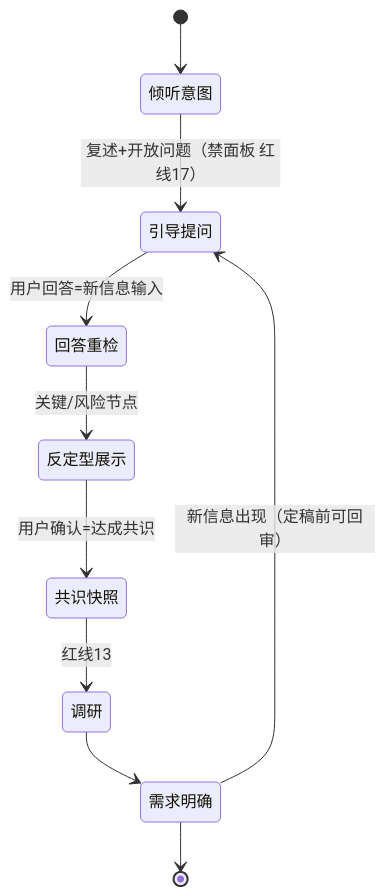
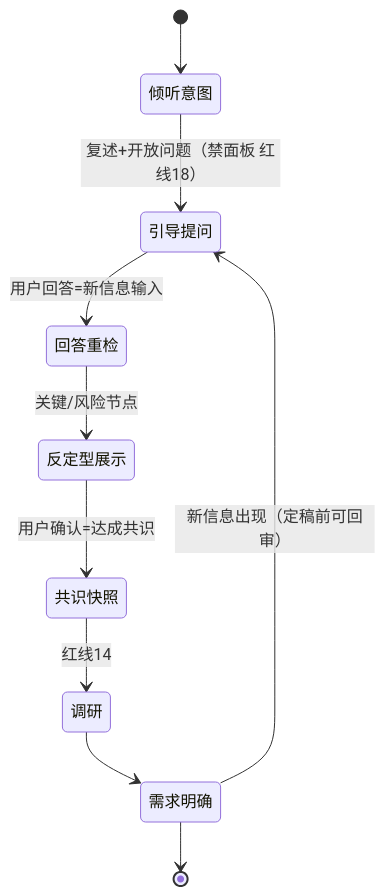
Before and after one commit to The-Daybreaker/project-spec: the seventh of 14 diagrams in docs/FLOW.md, drawn with Mermaid. The commit also changed other lines of this file and 48 other files, not shown here.

````diff
--- a/docs/FLOW.md
+++ b/docs/FLOW.md
@@ -98,12 +98,12 @@
 ```mermaid
 stateDiagram-v2
     [*] --> 倾听意图
-    倾听意图 --> 引导提问: 复述+开放问题（禁面板 红线17）
+    倾听意图 --> 引导提问: 复述+开放问题（禁面板 红线18）
     引导提问 --> 回答重检: 用户回答=新信息输入
     回答重检 --> 反定型展示: 关键/风险节点
     反定型展示 --> 共识快照: 用户确认=达成共识
-    共识快照 --> 调研: 红线13
+    共识快照 --> 调研: 红线14
     调研 --> 需求明确
     需求明确 --> 引导提问: 新信息出现（定稿前可回审）
     需求明确 --> [*]
 ```
````
